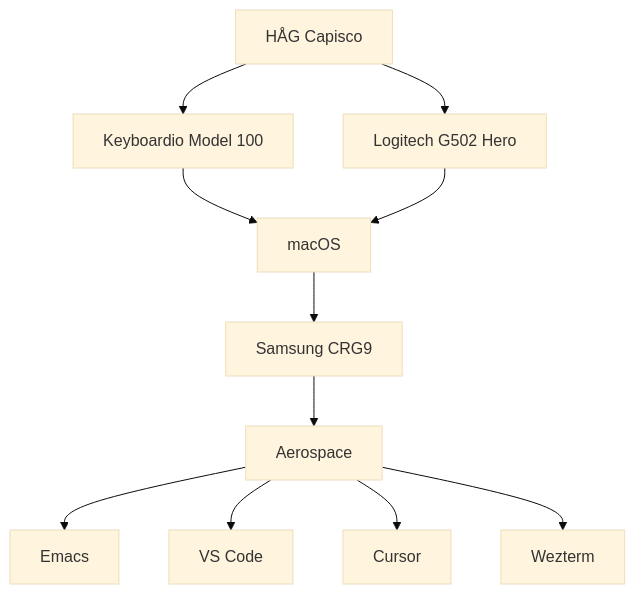
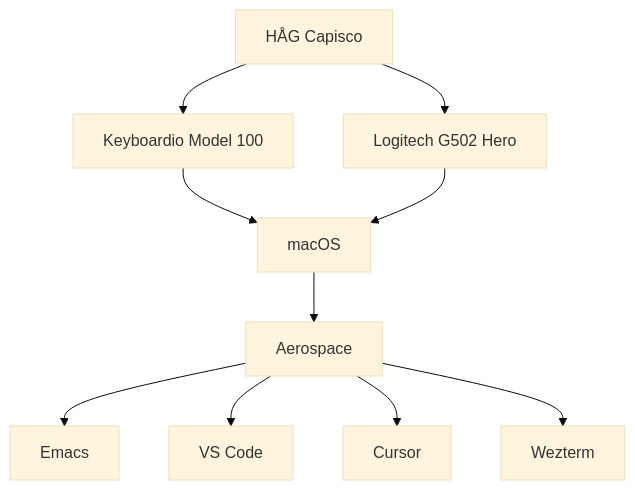
Before and after one commit to staticaland/staticaland: the diagram in README.md, drawn with Mermaid (base theme).

````diff
--- a/README.md
+++ b/README.md
@@ -22,13 +22,12 @@
 ```mermaid
 graph TD
     A[HÅG Capisco] --> B[Keyboardio Model 100]
     A --> C[Logitech G502 Hero]
     B --> E[macOS]
     C --> E
-    E --> D[Samsung CRG9]
-    D --> F[Aerospace]
+    E --> F[Aerospace]
     F --> G[Emacs]
     F --> H[VS Code]
     F --> I[Cursor]
     F --> J[Wezterm]
 ```
````
